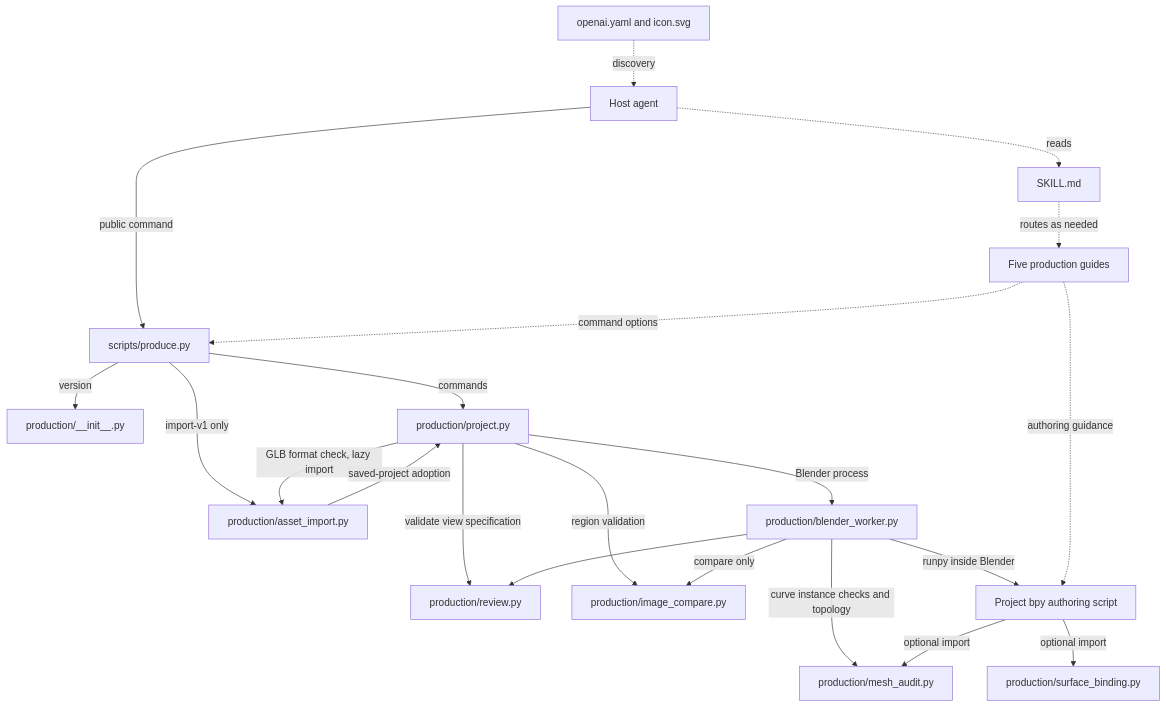
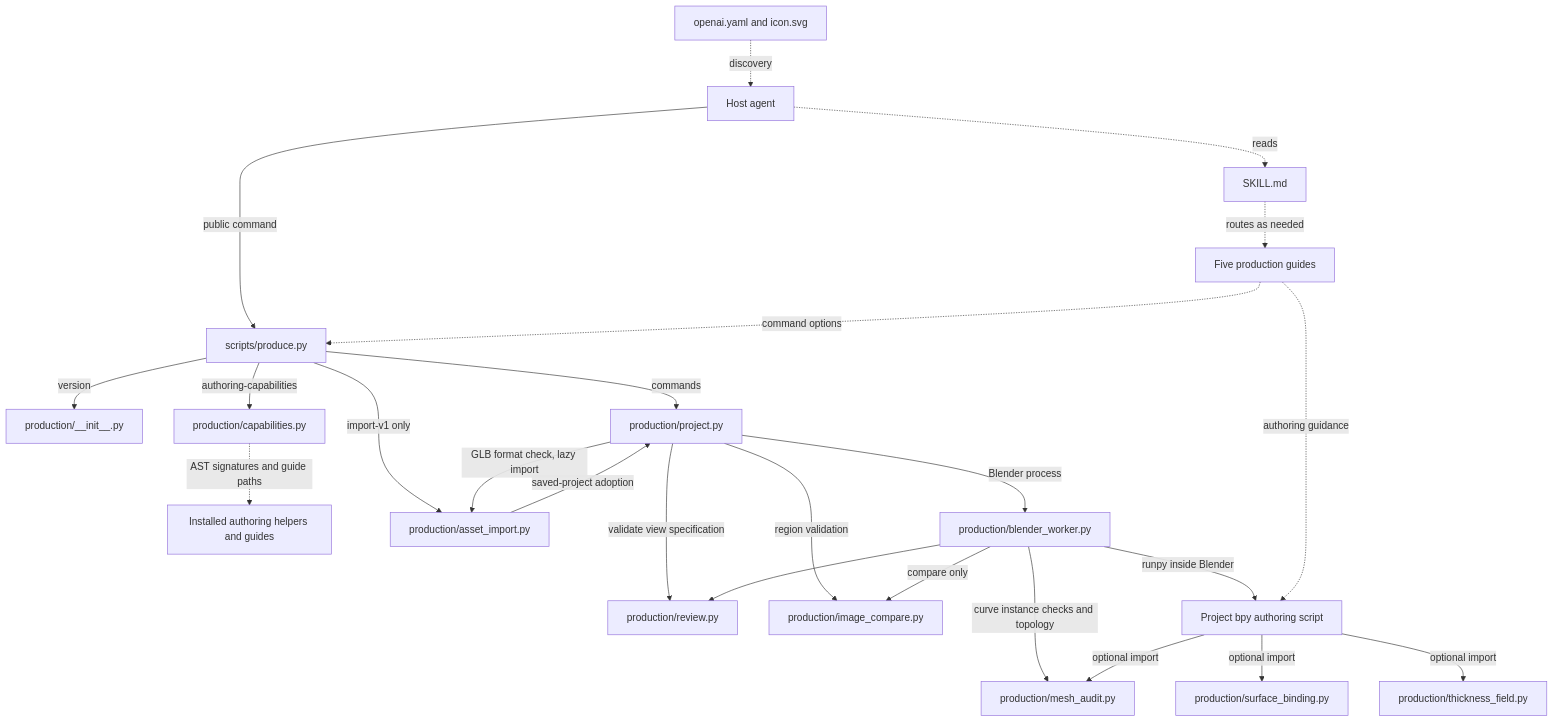
The diagram in docs/development/refas-2-skill-map.md (ictseoyoungmin/refas), drawn with Mermaid before and after one commit. The commit also changed other lines of this file and 11 other files, not shown here.

First line of the commit message:
feat: add selective authoring discovery and thickness fields

````diff
--- a/docs/development/refas-2-skill-map.md
+++ b/docs/development/refas-2-skill-map.md
@@ -22,25 +22,28 @@
 ```mermaid
 flowchart TD
     Discovery["openai.yaml and icon.svg"] -. "discovery" .-> Agent["Host agent"]
     Agent -. "reads" .-> Skill["SKILL.md"]
     Skill -. "routes as needed" .-> Guides["Five production guides"]
     Agent -- "public command" --> CLI["scripts/produce.py"]
     Guides -. "command options" .-> CLI
 
     CLI -- "version" --> Identity["production/__init__.py"]
+    CLI -- "authoring-capabilities" --> Catalogue["production/capabilities.py"]
+    Catalogue -. "AST signatures and guide paths" .-> Helpers["Installed authoring helpers and guides"]
     CLI -- "commands" --> Project["production/project.py"]
     CLI -- "import-v1 only" --> Import["production/asset_import.py"]
     Project -- "GLB format check, lazy import" --> Import
     Import -- "saved-project adoption" --> Project
 
     Project -- "validate view specification" --> Review["production/review.py"]
     Project -- "Blender process" --> Worker["production/blender_worker.py"]
     Worker --> Review
     Project -- "region validation" --> Comparison["production/image_compare.py"]
     Worker -- "compare only" --> Comparison
     Worker -- "curve instance checks and topology" --> Audit["production/mesh_audit.py"]
     Worker -- "runpy inside Blender" --> Script["Project bpy authoring script"]
     Guides -. "authoring guidance" .-> Script
     Script -- "optional import" --> Audit
     Script -- "optional import" --> Binding["production/surface_binding.py"]
+    Script -- "optional import" --> Thickness["production/thickness_field.py"]
 ```
````
